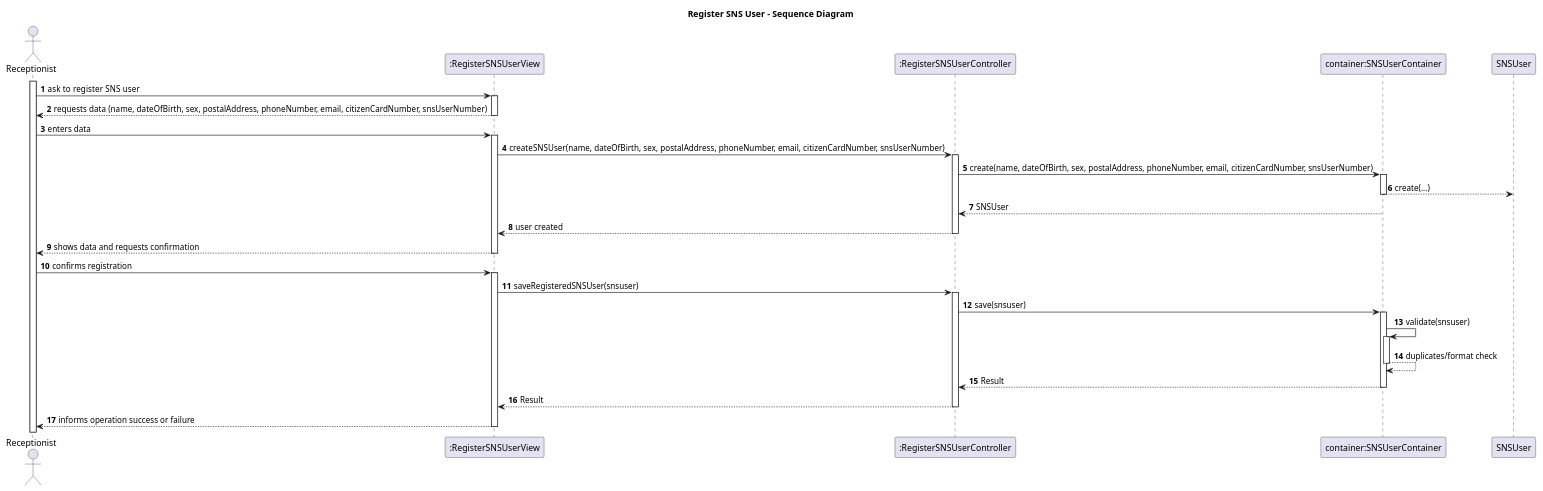
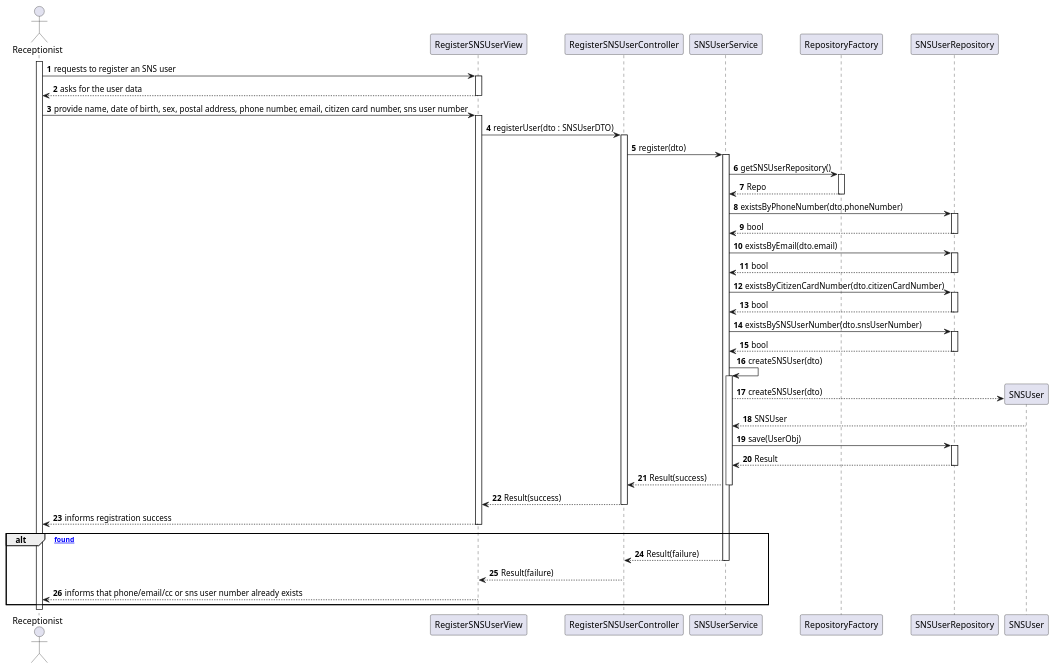
Before and after one commit to Parafita123/leti-esoft-25-26-B1: the diagram in docs/system-documentation/US20/puml/US20-SD.puml, drawn with PlantUML. The commit also changed 24 other files, not shown here.

Commit message:
Atualizações feitas a diagramas US20 e estrutura do codigo (código 100% funcional).

```diff
--- a/docs/system-documentation/US20/puml/US20-SD.puml
+++ b/docs/system-documentation/US20/puml/US20-SD.puml
@@ -1,34 +1,51 @@
 @startuml
-
-title Register SNS User – Sequence Diagram
-
 autoactivate on
 autonumber
 
-actor "Receptionist" as receptionist
-participant ":RegisterSNSUserView" as view
-participant ":RegisterSNSUserController" as ctrl
-participant "container:SNSUserContainer" as container
-participant "SNSUser" as snsuser
+actor Receptionist as Receptionist
+activate Receptionist
 
-activate receptionist
 
-receptionist -> view: ask to  register SNS user
-view --> receptionist: requests data (name, dateOfBirth, sex, postalAddress, phoneNumber, email, citizenCardNumber, snsUserNumber)
-receptionist -> view: enters data
-view -> ctrl: createSNSUser(name, dateOfBirth, sex, postalAddress, phoneNumber, email, citizenCardNumber, snsUserNumber)
-ctrl -> container: create(name, dateOfBirth, sex, postalAddress, phoneNumber, email, citizenCardNumber, snsUserNumber)
-container --> snsuser: create(...)
-container --> ctrl: SNSUser
-ctrl --> view: user created
-view --> receptionist: shows data and requests confirmation
-receptionist -> view: confirms registration
-view -> ctrl: saveRegisteredSNSUser(snsuser)
-ctrl -> container: save(snsuser)
-container -> container: validate(snsuser)
-container --> container: duplicates/format check
-container --> ctrl: Result
-ctrl --> view: Result
-view --> receptionist: informs operation success or failure
+participant RegisterSNSUserView as View
+participant RegisterSNSUserController as Controller
+participant SNSUserService as Service
+participant RepositoryFactory as Factory
+participant SNSUserRepository as Repo
+participant SNSUser as UserObj
+
+Receptionist -> View: requests to register an SNS user
+View --> Receptionist: asks for the user data
+Receptionist -> View: provide name, date of birth, sex, postal address, phone number, email, citizen card number, sns user number
+
+View -> Controller: registerUser(dto : SNSUserDTO)
+Controller -> Service: register(dto)
+Service -> Factory: getSNSUserRepository()
+Factory --> Service: Repo
+
+' Check uniqueness of data
+Service -> Repo: existsByPhoneNumber(dto.phoneNumber)
+Repo --> Service: bool
+Service -> Repo: existsByEmail(dto.email)
+Repo --> Service: bool
+Service -> Repo: existsByCitizenCardNumber(dto.citizenCardNumber)
+Repo --> Service: bool
+Service -> Repo: existsBySNSUserNumber(dto.snsUserNumber)
+Repo --> Service: bool
+
+' Success path (all unique)
+Service -> Service: createSNSUser(dto)
+Service --> UserObj**: createSNSUser(dto)
+UserObj --> Service: SNSUser
+Service -> Repo: save(UserObj)
+Repo --> Service: Result
+Service --> Controller: Result(success)
+Controller --> View: Result(success)
+View --> Receptionist: informs registration success
+
+alt [duplicate found]
+    Service --> Controller: Result(failure)
+    Controller --> View: Result(failure)
+    View --> Receptionist: informs that phone/email/cc or sns user number already exists
+end
 
 @enduml
```
